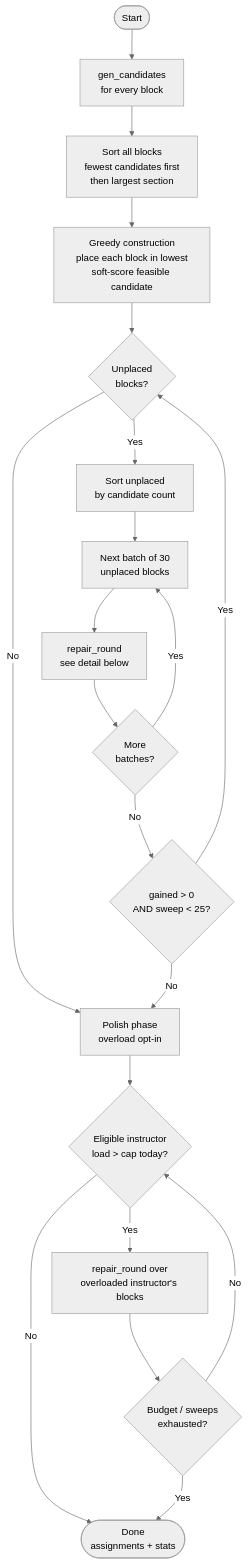
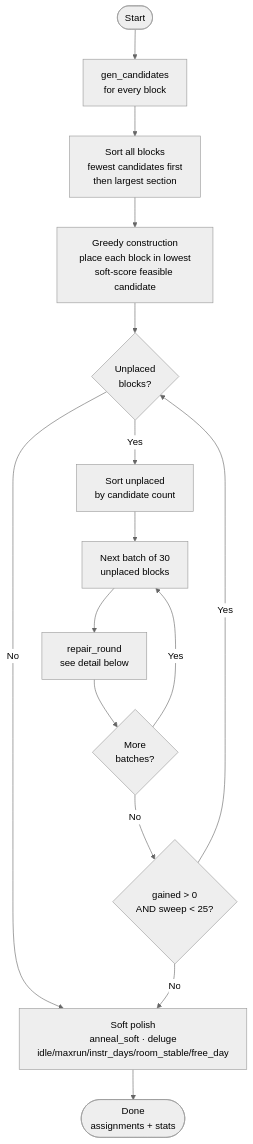
The first of 2 diagrams in MODEL.md (huguryildiz/KAIROS), drawn with Mermaid (neutral theme) before and after one commit. The commit also changed other lines of this file, not shown here.

````diff
--- a/MODEL.md
+++ b/MODEL.md
@@ -495,22 +434,17 @@
 ```mermaid
 flowchart TD
     A([Start]) --> B[gen_candidates\nfor every block]
     B --> C[Sort all blocks\nfewest candidates first\nthen largest section]
     C --> D[Greedy construction\nplace each block in lowest\nsoft-score feasible candidate]
     D --> E{Unplaced\nblocks?}
     E -- No --> P
     E -- Yes --> F[Sort unplaced\nby candidate count]
     F --> G[Next batch of 30\nunplaced blocks]
     G --> H[repair_round\nsee detail below]
     H --> I{More\nbatches?}
     I -- Yes --> G
     I -- No --> J{gained > 0\nAND sweep < 25?}
     J -- Yes --> E
-    J -- No --> P[Polish phase\noverload opt-in]
-    P --> Q{Eligible instructor\nload > cap today?}
-    Q -- No --> R([Done\nassignments + stats])
-    Q -- Yes --> S[repair_round over\noverloaded instructor's blocks]
-    S --> T{Budget / sweeps\nexhausted?}
-    T -- No --> Q
-    T -- Yes --> R
+    J -- No --> P[Soft polish\nanneal_soft · deluge\nidle/maxrun/instr_days/room_stable/free_day]
+    P --> R([Done\nassignments + stats])
 ```
````
